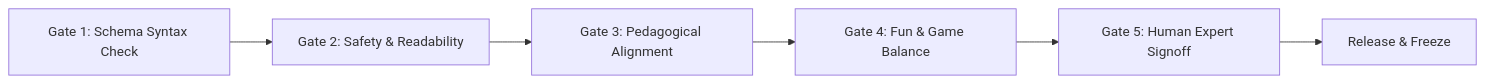
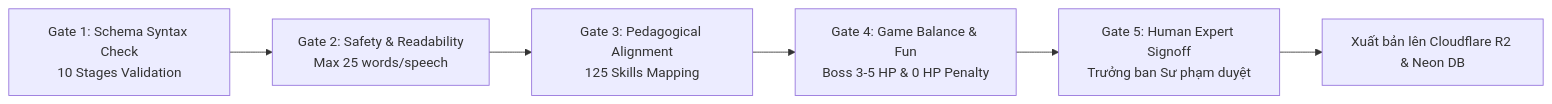
Before and after one commit to quocnt85/apptieuhoc: the second of 2 diagrams in docs/PRD_V2/03_AI_SYSTEMS_AND_OPERATIONS.md, drawn with Mermaid. The commit also changed other lines of this file and 3 other files, not shown here.

Commit message:
docs: update PRD_V2 master files to v2.1.0 reflecting 10-stage NLAS, 125 skills and full-stack React/Capacitor/Cloudflare architecture

````diff
--- a/docs/PRD_V2/03_AI_SYSTEMS_AND_OPERATIONS.md
+++ b/docs/PRD_V2/03_AI_SYSTEMS_AND_OPERATIONS.md
@@ -82,8 +37,8 @@
 ```mermaid
 graph LR
-    G1[Gate 1: Schema Syntax Check] --> G2[Gate 2: Safety & Readability]
-    G2 --> G3[Gate 3: Pedagogical Alignment]
-    G3 --> G4[Gate 4: Fun & Game Balance]
-    G4 --> G5[Gate 5: Human Expert Signoff]
-    G5 --> RELEASE[Release & Freeze]
+    G1[Gate 1: Schema Syntax Check<br/>10 Stages Validation] --> G2[Gate 2: Safety & Readability<br/>Max 25 words/speech]
+    G2 --> G3[Gate 3: Pedagogical Alignment<br/>125 Skills Mapping]
+    G3 --> G4[Gate 4: Game Balance & Fun<br/>Boss 3-5 HP & 0 HP Penalty]
+    G4 --> G5[Gate 5: Human Expert Signoff<br/>Trưởng ban Sư phạm duyệt]
+    G5 --> CMS[Xuất bản lên Cloudflare R2 & Neon DB]
 ```
````
